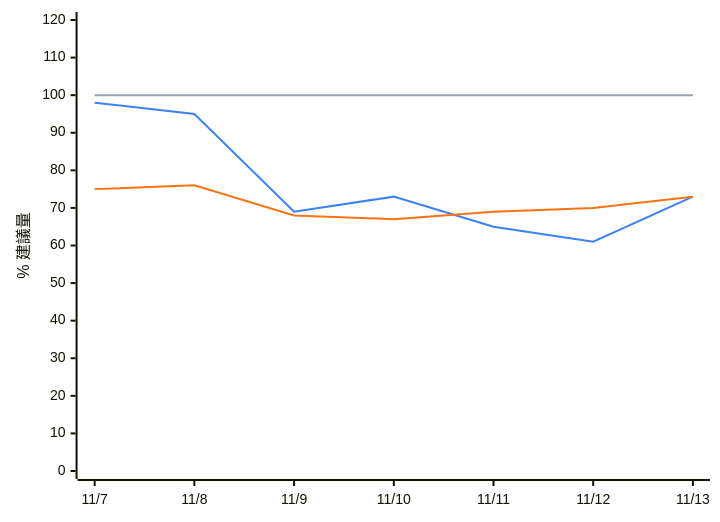
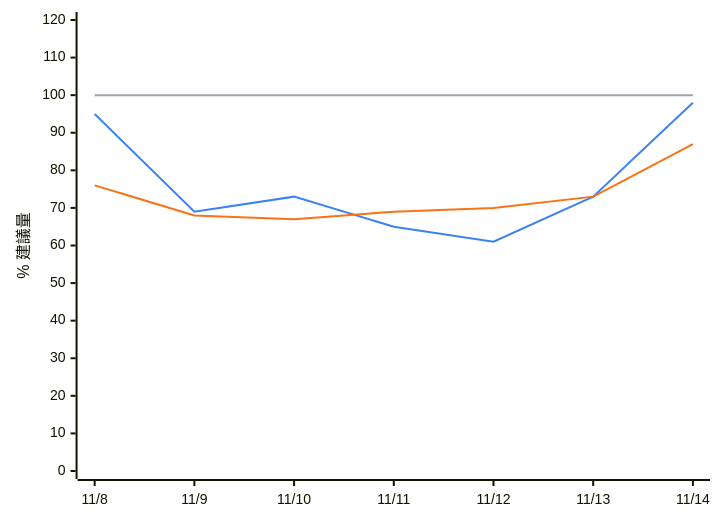
The diagram in README.md (PorriD63/MinaLisa), drawn with Mermaid before and after one commit. The commit also changed other lines of this file and 2 other files, not shown here.

````diff
--- a/README.md
+++ b/README.md
@@ -37,9 +27,9 @@
 ```mermaid
 %%{init: {"themeVariables": {"xyChart": {"plotColorPalette": "#3b82f6, #f97316, #9ca3af"}}}}%%
 xychart-beta
-    x-axis ["11/7", "11/8", "11/9", "11/10", "11/11", "11/12", "11/13"]
+    x-axis ["11/8", "11/9", "11/10", "11/11", "11/12", "11/13", "11/14"]
     y-axis "% 建議量" 0 --> 120
-    line [98, 95, 69, 73, 65, 61, 73]
-    line [75, 76, 68, 67, 69, 70, 73]
+    line [95, 69, 73, 65, 61, 73, 98]
+    line [76, 68, 67, 69, 70, 73, 87]
     line [100, 100, 100, 100, 100, 100, 100]
 ```
````
